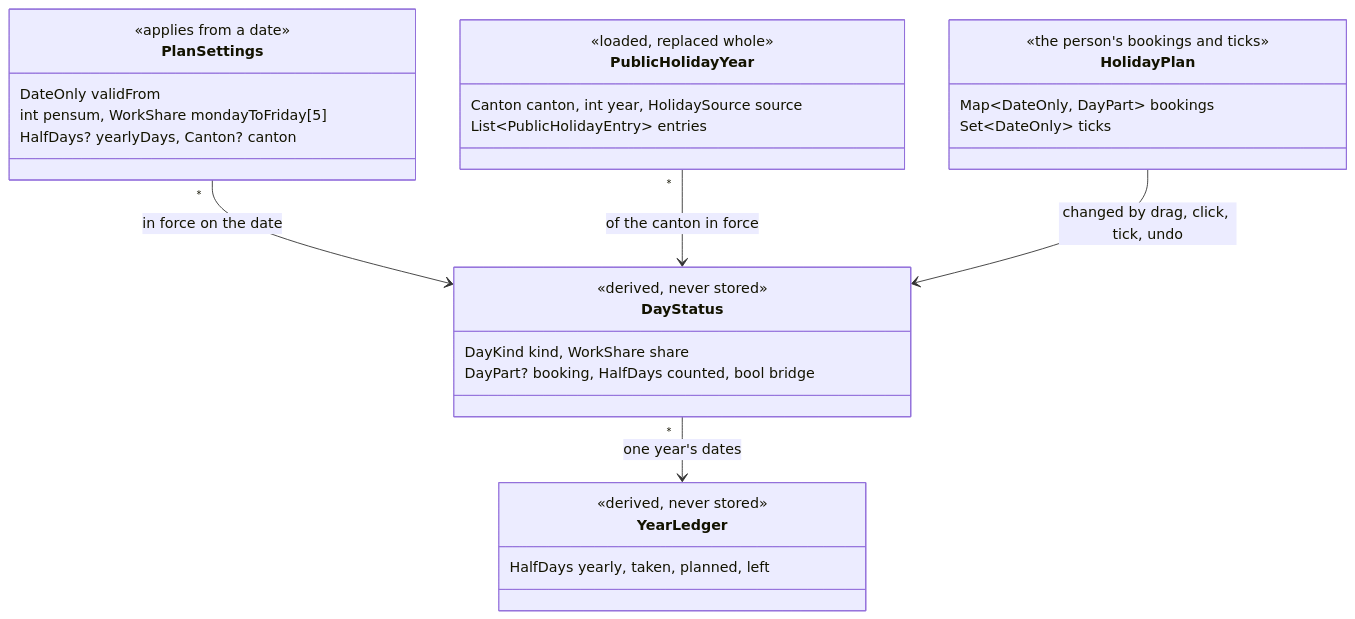
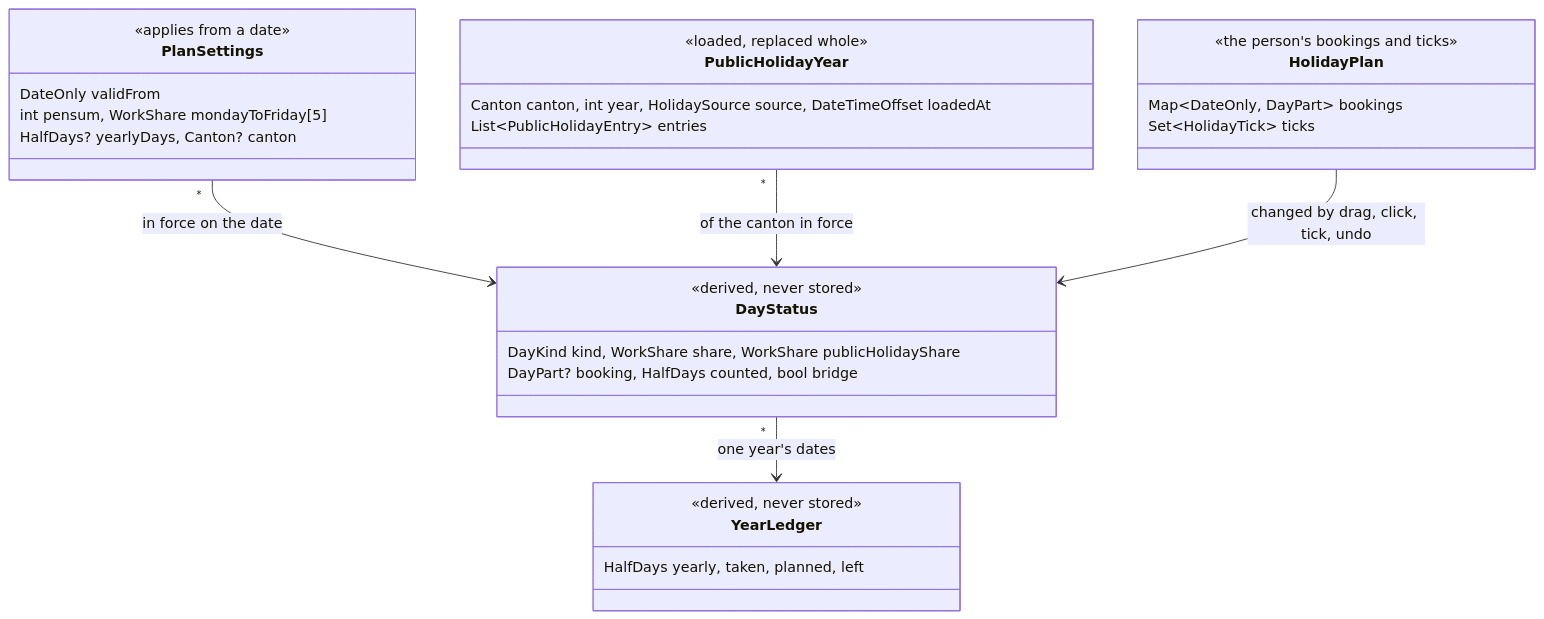
The first of 6 diagrams in docs/features/002-holiday-planner/concept.md (Valem/work-time-tracker), drawn with Mermaid before and after one commit. The commit also changed other lines of this file and 1 other file, not shown here.

First line of the commit message:
docs: 002 concept v1.1.1 — ticks per entry, a click ticks any holiday not counting by itself, a free weekday's public holiday shows as such; §3 and §5 synced with the code (BR-013, BR-014, BR-015, BR-019, BR-020, ADR-008, D-020…D-023, CR-001, CR-002, CR-003, owner)

````diff
--- a/docs/features/002-holiday-planner/concept.md
+++ b/docs/features/002-holiday-planner/concept.md
@@ -81,32 +81,32 @@
 ```mermaid
 classDiagram
   class PlanSettings {
     <<applies from a date>>
     DateOnly validFrom
     int pensum, WorkShare mondayToFriday[5]
     HalfDays? yearlyDays, Canton? canton
   }
   class PublicHolidayYear {
     <<loaded, replaced whole>>
-    Canton canton, int year, HolidaySource source
+    Canton canton, int year, HolidaySource source, DateTimeOffset loadedAt
     List~PublicHolidayEntry~ entries
   }
   class HolidayPlan {
     <<the person's bookings and ticks>>
     Map~DateOnly, DayPart~ bookings
-    Set~DateOnly~ ticks
+    Set~HolidayTick~ ticks
   }
   class DayStatus {
     <<derived, never stored>>
-    DayKind kind, WorkShare share
+    DayKind kind, WorkShare share, WorkShare publicHolidayShare
     DayPart? booking, HalfDays counted, bool bridge
   }
   class YearLedger {
     <<derived, never stored>>
     HalfDays yearly, taken, planned, left
   }
   PlanSettings "*" --> DayStatus : in force on the date
   PublicHolidayYear "*" --> DayStatus : of the canton in force
   HolidayPlan --> DayStatus : changed by drag, click, tick, undo
   DayStatus "*" --> YearLedger : one year's dates
 ```
````
